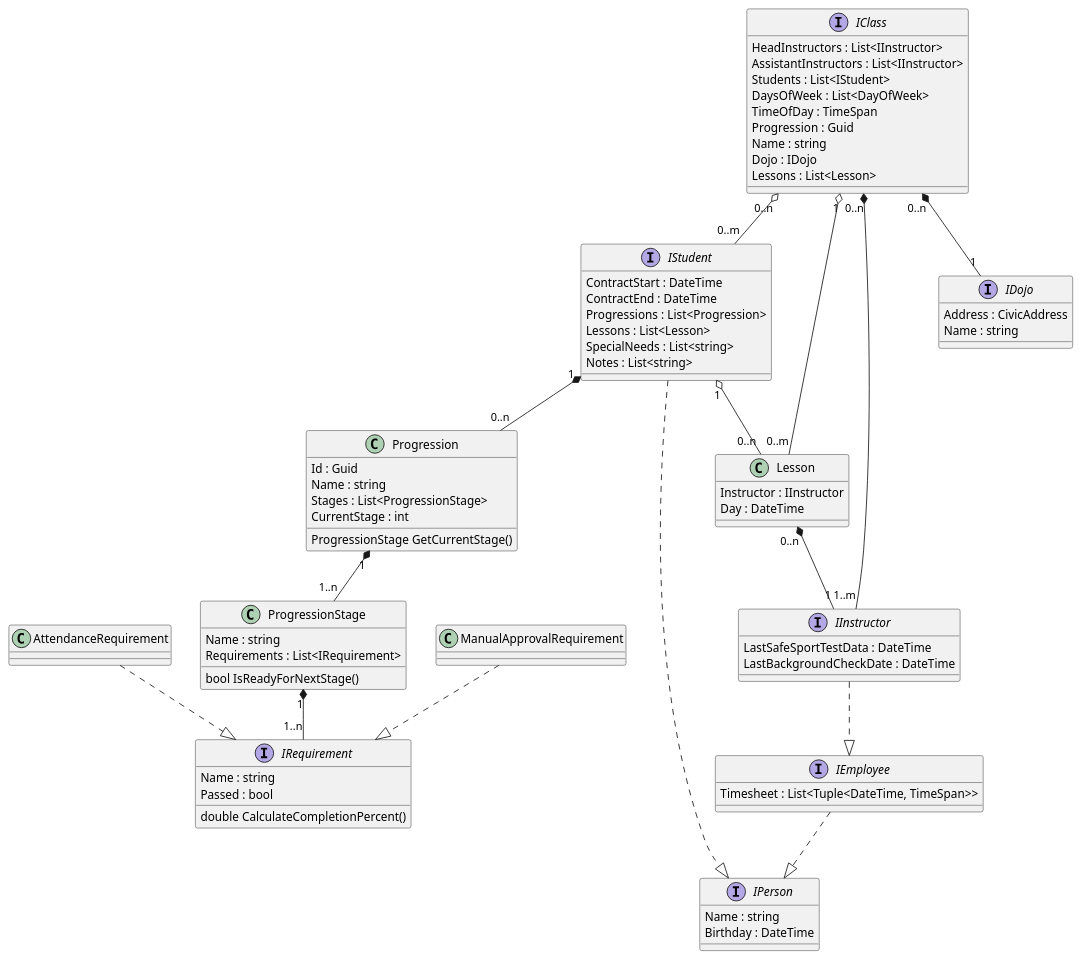
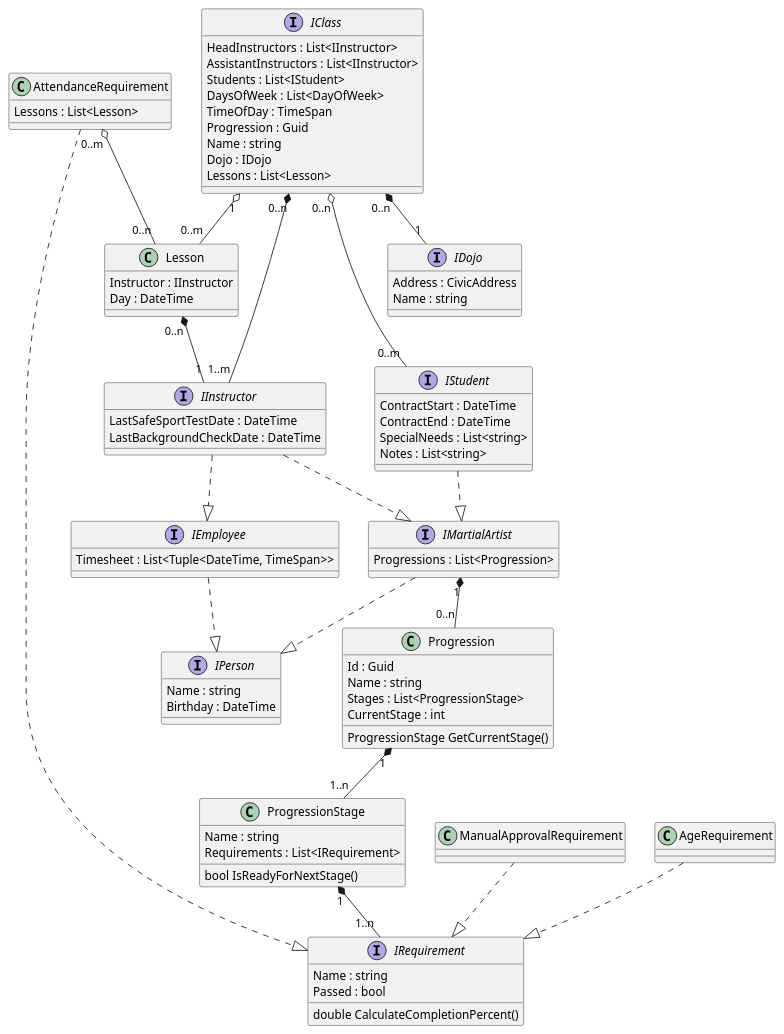
Before and after one commit to lavinrp/BmaBackstage: the diagram in Uml/BmaBackstageModel.plantuml, drawn with PlantUML.

Commit message:
#6 - replace IStudent with MartialArtist

```diff
--- a/Uml/BmaBackstageModel.plantuml
+++ b/Uml/BmaBackstageModel.plantuml
@@ -1,107 +1,118 @@
 @startuml
 
 
 interface IRequirement
 {
     Name : string
     Passed : bool
     double CalculateCompletionPercent()
 }
 
 class AttendanceRequirement
 {
+    Lessons : List<Lesson>
 }
 
 class ManualApprovalRequirement
+{
+}
+
+class AgeRequirement
 {
 }
 
 class ProgressionStage
 {
     Name : string
     Requirements : List<IRequirement>
     bool IsReadyForNextStage()
 }
 
 class Progression
 {
     Id : Guid
     Name : string
     Stages : List<ProgressionStage>
     ProgressionStage GetCurrentStage()
     CurrentStage : int
 }
 
 interface IPerson
 {
     Name : string
     Birthday : DateTime
 }
 
 interface IEmployee
 {
     Timesheet : List<Tuple<DateTime, TimeSpan>>
 }
 
+interface IMartialArtist
+{
+    Progressions : List<Progression>
+}
+
 interface IInstructor
 {
-    LastSafeSportTestData : DateTime
+    LastSafeSportTestDate : DateTime
     LastBackgroundCheckDate : DateTime
 }
 
 class Lesson
 {
     Instructor : IInstructor
     Day : DateTime
 }
 
 interface IStudent
 {
     ContractStart : DateTime
     ContractEnd : DateTime
-    Progressions : List<Progression>
-    Lessons : List<Lesson>
     SpecialNeeds : List<string>
     Notes : List<string>
 }
 
 interface IDojo
 {
     Address : CivicAddress
     Name : string
 }
 
 interface IClass
 {
     HeadInstructors : List<IInstructor>
     AssistantInstructors : List<IInstructor>
     Students : List<IStudent>
     DaysOfWeek : List<DayOfWeek>
     TimeOfDay : TimeSpan
     Progression : Guid
     Name : string
     Dojo : IDojo
     Lessons : List<Lesson>
 }
 
+IMartialArtist ..|> IPerson
 IEmployee ..|> IPerson
 IInstructor ..|> IEmployee
-IStudent ..|> IPerson
+IInstructor ..|> IMartialArtist
+IStudent ..|> IMartialArtist
 
 AttendanceRequirement ..|> IRequirement
 ManualApprovalRequirement ..|> IRequirement
+AgeRequirement ..|> IRequirement
 
 ProgressionStage "1" *-- "1..n" IRequirement
 Progression "1" *-- "1..n" ProgressionStage
+AttendanceRequirement "0..m" o-- "0..n" Lesson
 
-IStudent "1" o-- "0..n" Lesson
-IStudent "1" *-- "0..n" Progression
+IMartialArtist "1" *-- "0..n" Progression
 
 IClass "0..n" *-- "1..m" IInstructor
 IClass "0..n" o-- "0..m" IStudent
 IClass "0..n" *-- "1" IDojo
 IClass "1" o-- "0..m" Lesson
 
 Lesson "0..n" *-- "1" IInstructor
 
 @enduml
```
